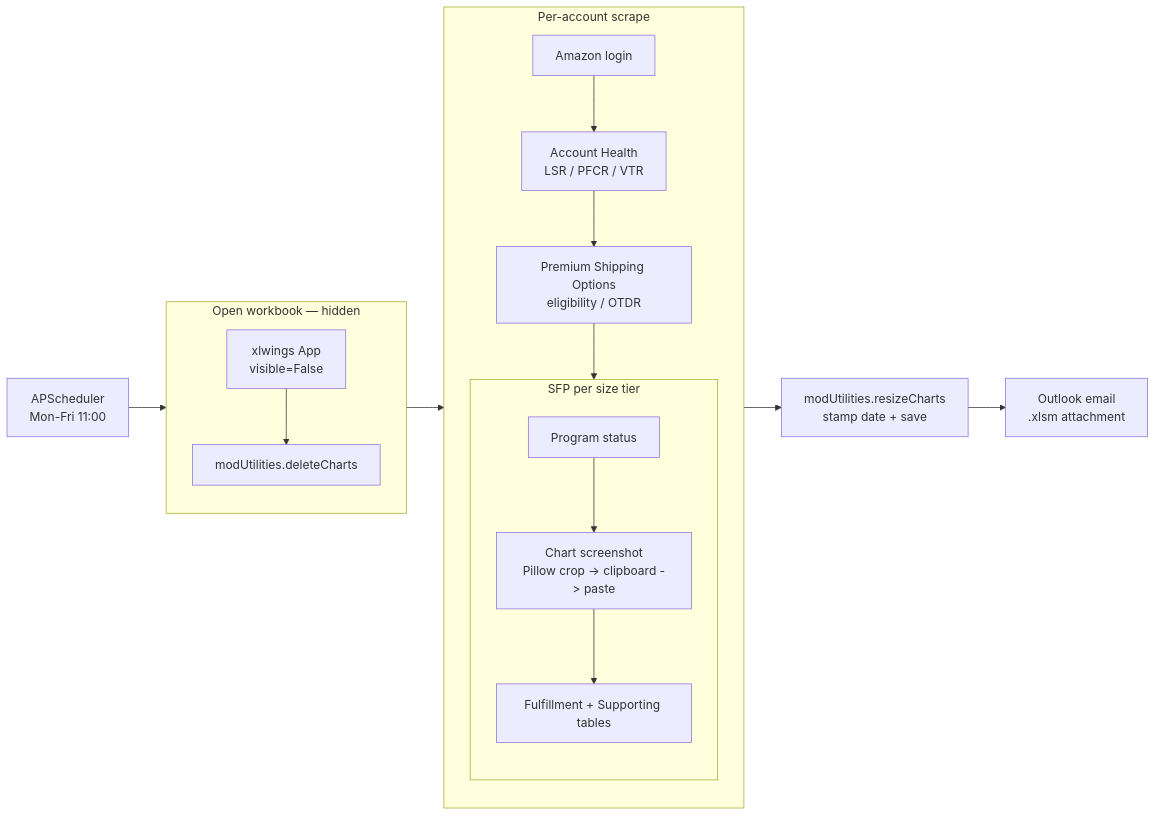
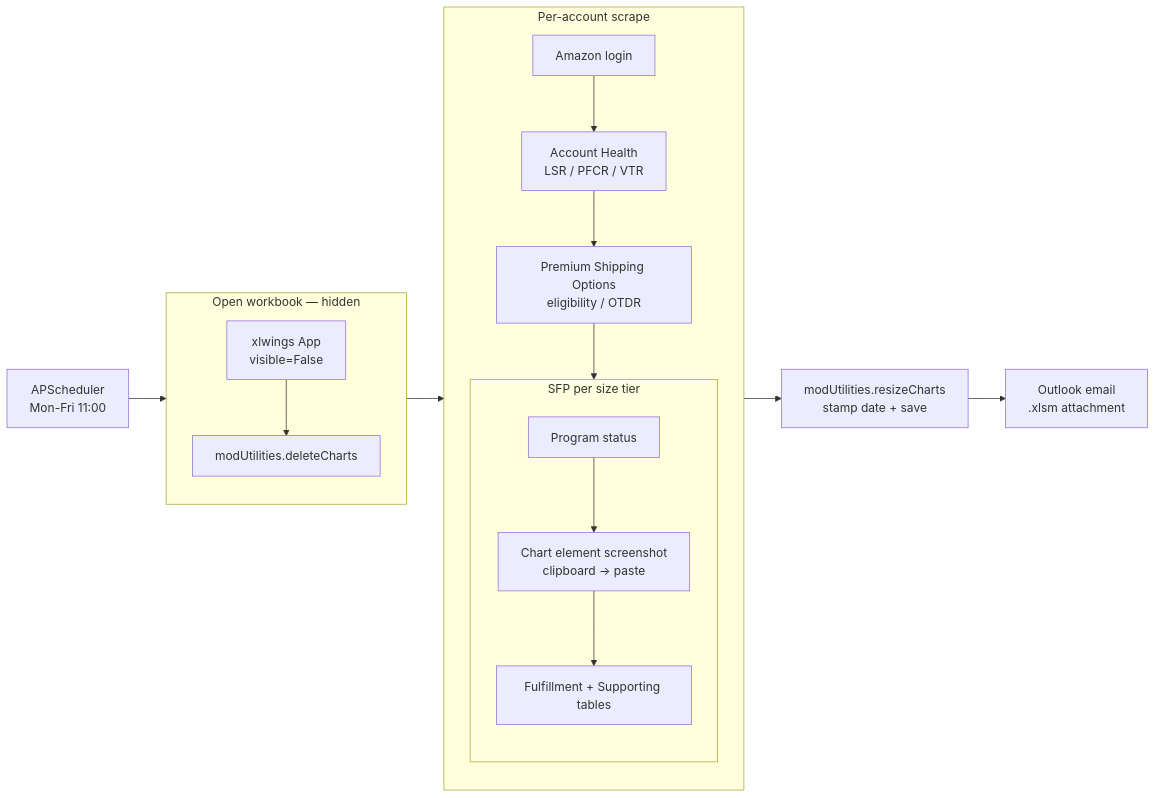
One commit to dominicci13/amzn-account-health changed the diagram in README.md. Above: the diagram before and after it, drawn with Mermaid. The commit also changed other lines of this file and 1 other file, not shown here.

First line of the commit message:
fix: screenshot chart element instead of cropping

````diff
--- a/README.md
+++ b/README.md
@@ -17,26 +17,26 @@
 ```mermaid
 flowchart LR
     sched[APScheduler<br/>Mon-Fri 11:00] --> open
 
     subgraph open[Open workbook — hidden]
         direction TB
         xl[xlwings App<br/>visible=False] --> clear[modUtilities.deleteCharts]
     end
 
     clear --> loop
 
     subgraph loop[Per-account scrape]
         direction TB
         login[Amazon login] --> ah[Account Health<br/>LSR / PFCR / VTR]
         ah --> prime[Premium Shipping Options<br/>eligibility / OTDR]
         prime --> sfp
         subgraph sfp[SFP per size tier]
             direction TB
-            status[Program status] --> chart[Chart screenshot<br/>Pillow crop -> clipboard -> paste]
+            status[Program status] --> chart[Chart element screenshot<br/>clipboard -> paste]
             chart --> tables[Fulfillment + Supporting tables]
         end
     end
 
     loop --> finalize[modUtilities.resizeCharts<br/>stamp date + save]
     finalize --> email[Outlook email<br/>.xlsm attachment]
 ```
````
